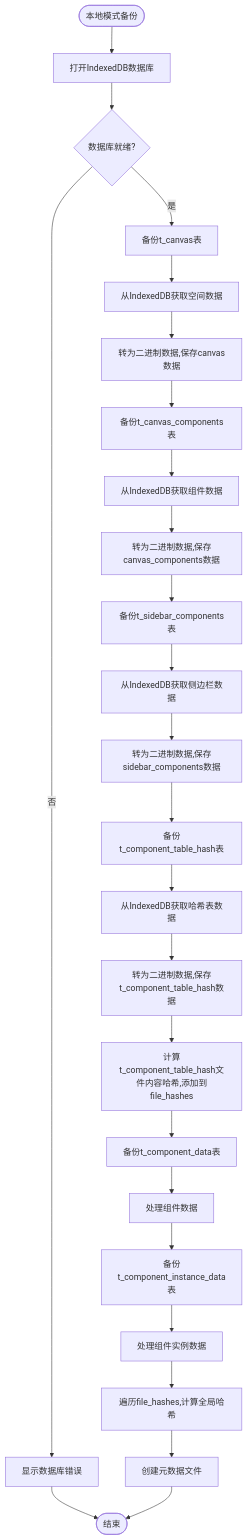
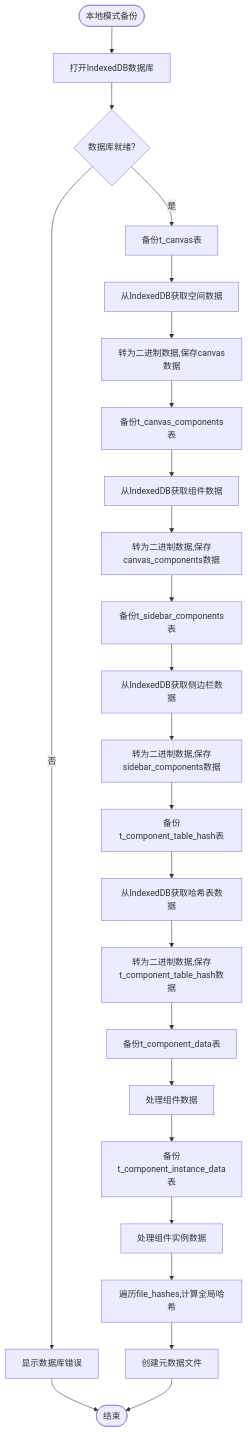
Before and after one commit to yingjianzh/iodraw-files: the diagram in all/未命名-60.md, drawn with Mermaid.

Commit message:
2025-05-15 14:48:24 update

````diff
--- a/all/未命名-60.md
+++ b/all/未命名-60.md
@@ -1,36 +1,34 @@
 ```mermaid
 
 flowchart TD
     Start([本地模式备份]) --> OpenDB[打开IndexedDB数据库]
     OpenDB --> DBReady{数据库就绪?}
     
     DBReady -->|否| ShowDBError[显示数据库错误]
     DBReady -->|是| BackupCanvas[备份t_canvas表]
     
     ShowDBError --> End([结束])
     
     BackupCanvas --> GetCanvasFromDB[从IndexedDB获取空间数据]
     GetCanvasFromDB --> ProcessCanvasFile[转为二进制数据,保存canvas数据]
     ProcessCanvasFile -->  BackupCanvasComps[备份t_canvas_components表]
     BackupCanvasComps --> GetCanvasCompsFromDB[从IndexedDB获取组件数据]
     GetCanvasCompsFromDB --> ProcessCanvasCompsFile[转为二进制数据,保存canvas_components数据]
     ProcessCanvasCompsFile -->  BackupSidebarComps[备份t_sidebar_components表]
     BackupSidebarComps --> GetSidebarCompsFromDB[从IndexedDB获取侧边栏数据]
     GetSidebarCompsFromDB --> ProcessSidebarCompsFile[转为二进制数据,保存sidebar_components数据]
     ProcessSidebarCompsFile --> BackupHashTables[备份t_component_table_hash表]
     BackupHashTables --> GetHashTablesFromDB[从IndexedDB获取哈希表数据]
     GetHashTablesFromDB --> ProcessHashTablesFile[转为二进制数据,保存t_component_table_hash数据]
-    ProcessHashTablesFile --> AddHashTablesHash[计算t_component_table_hash文件内容哈希,添加到file_hashes]
-    
-    AddHashTablesHash --> BackupCompData[备份t_component_data表]
+    ProcessHashTablesFile --> BackupCompData[备份t_component_data表]
     BackupCompData --> ProcessCompData[处理组件数据]
     
     ProcessCompData --> BackupInstData[备份t_component_instance_data表]
     BackupInstData --> ProcessInstData[处理组件实例数据]
     
     ProcessInstData --> CalculateGlobalHash[遍历file_hashes,计算全局哈希]
     CalculateGlobalHash --> CreateMetadataFile[创建元数据文件]
     
     CreateMetadataFile --> End
 
 ```
````
